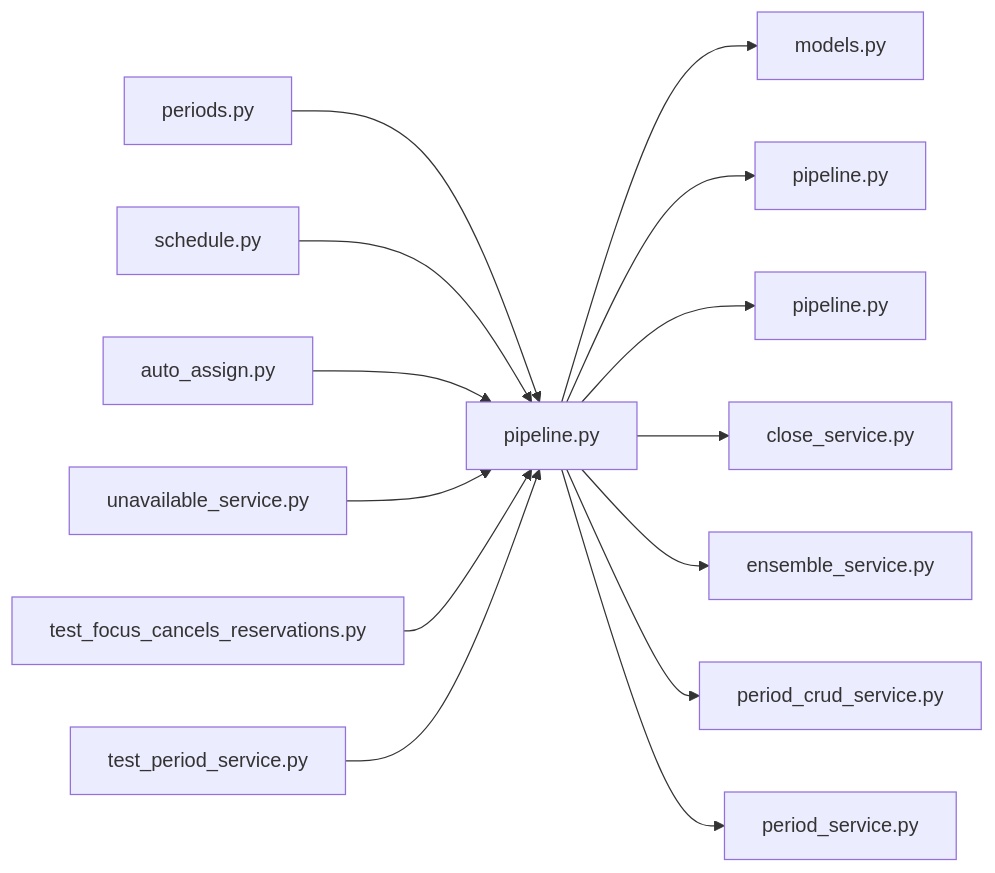
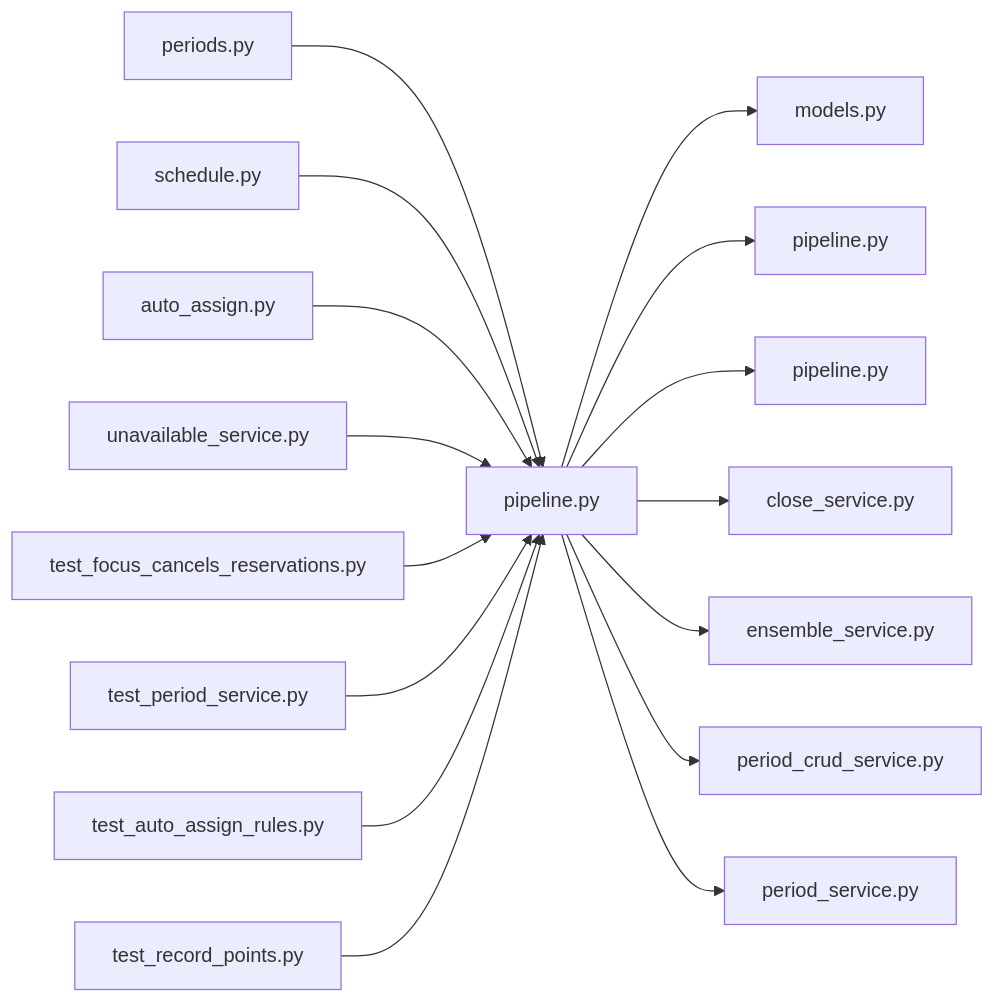
Before and after one commit to minkong-dev/Banblit: the diagram in .cluedoc/graph/backend/src/backend/services/period/pipeline.md, drawn with Mermaid. The commit also changed other lines of this file and 28 other files, not shown here.

Commit message:
backend: move job records, record apply order, admin code and team colors to their pipelines and contract

````diff
--- a/.cluedoc/graph/backend/src/backend/services/period/pipeline.md
+++ b/.cluedoc/graph/backend/src/backend/services/period/pipeline.md
@@ -10,17 +10,19 @@
 ```mermaid
 flowchart LR
   backend_src_backend_services_period_pipeline["pipeline.py"]
   backend_src_backend_services_period_pipeline --> backend_src_backend_db_models["models.py"]
   backend_src_backend_services_period_pipeline --> backend_src_backend_db_pipeline["pipeline.py"]
   backend_src_backend_services_period_pipeline --> backend_src_backend_services_notification_pipeline["pipeline.py"]
   backend_src_backend_services_period_pipeline --> backend_src_backend_services_period_close_service["close_service.py"]
   backend_src_backend_services_period_pipeline --> backend_src_backend_services_period_ensemble_service["ensemble_service.py"]
   backend_src_backend_services_period_pipeline --> backend_src_backend_services_period_period_crud_service["period_crud_service.py"]
   backend_src_backend_services_period_pipeline --> backend_src_backend_services_period_period_service["period_service.py"]
   backend_src_backend_api_routers_periods["periods.py"] --> backend_src_backend_services_period_pipeline
   backend_src_backend_api_routers_schedule["schedule.py"] --> backend_src_backend_services_period_pipeline
   backend_src_backend_jobs_auto_assign["auto_assign.py"] --> backend_src_backend_services_period_pipeline
   backend_src_backend_services_unavailable_unavailable_service["unavailable_service.py"] --> backend_src_backend_services_period_pipeline
   backend_tests_integration_db_test_focus_cancels_reservations["test_focus_cancels_reservations.py"] --> backend_src_backend_services_period_pipeline
   backend_tests_integration_db_test_period_service["test_period_service.py"] --> backend_src_backend_services_period_pipeline
+  backend_tests_unit_test_auto_assign_rules["test_auto_assign_rules.py"] --> backend_src_backend_services_period_pipeline
+  backend_tests_unit_test_record_points["test_record_points.py"] --> backend_src_backend_services_period_pipeline
 ```
````
